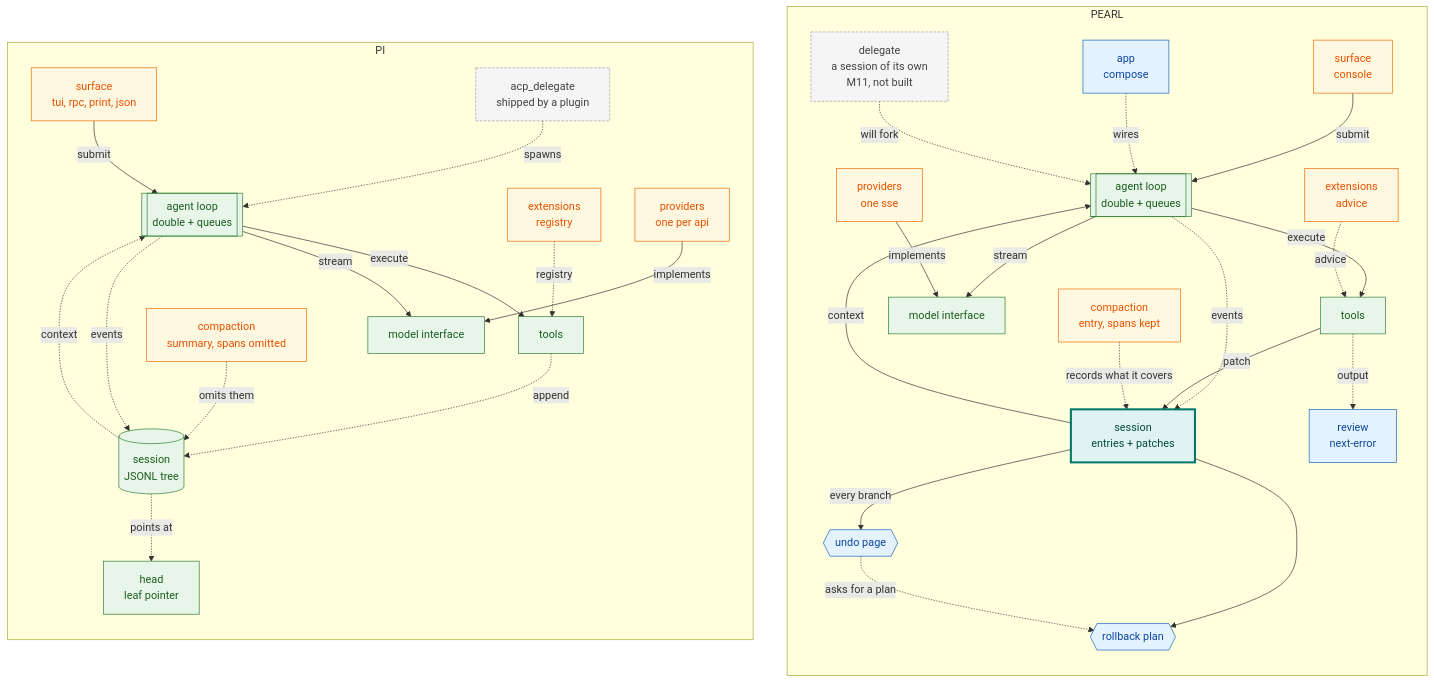
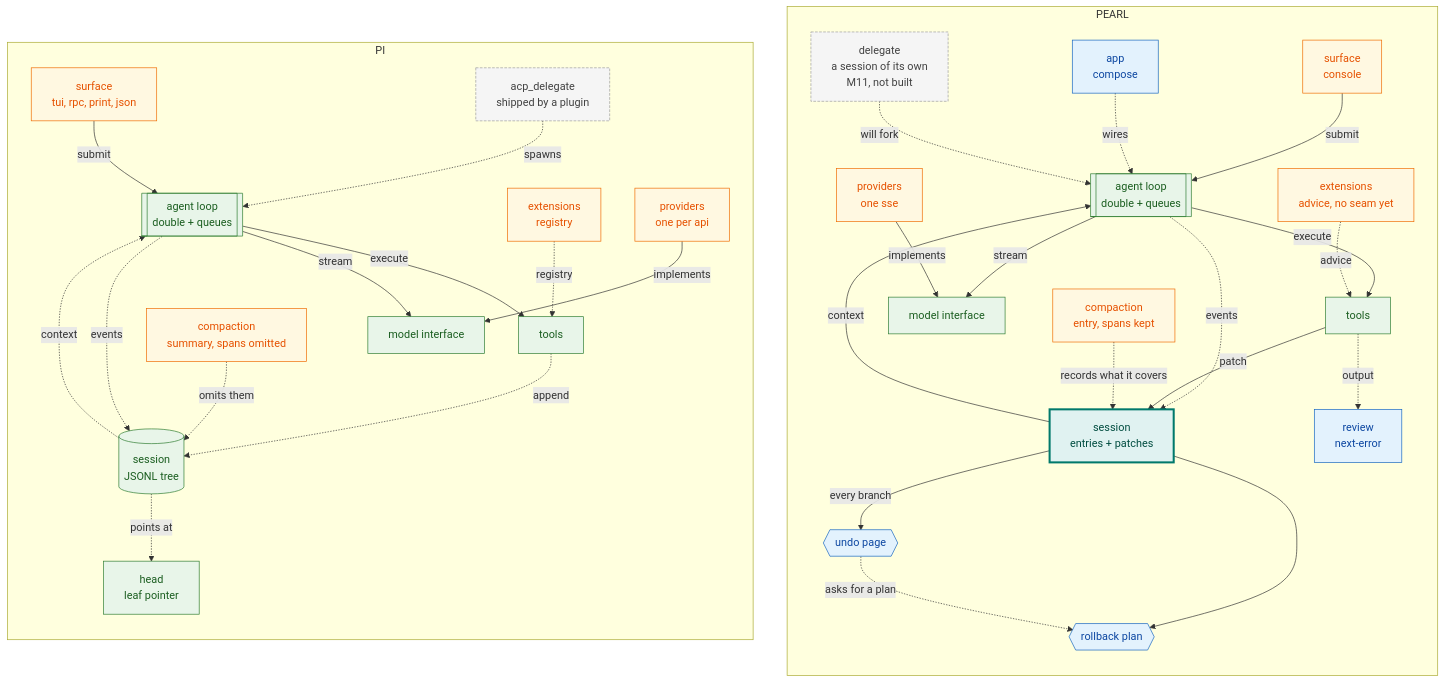
One commit to OverbearingPearl/pearl changed the diagram in README.md. Above: the diagram before and after it, drawn with Mermaid. The commit also changed other lines of this file and 2 other files, not shown here.

First line of the commit message:
Say that the extension seam does not exist yet

````diff
--- a/README.md
+++ b/README.md
@@ -139,48 +139,48 @@
 ```mermaid
 flowchart TB
   subgraph R["PEARL"]
     direction TB
     r_surf["surface<br/>console"] -->|submit| r_loop[["agent loop<br/>double + queues"]]
     r_app["app<br/>compose"] -.->|wires| r_loop
     r_loop -->|execute| r_tools["tools"]
     r_loop -->|stream| r_model["model interface"]
     r_loop -.->|events| r_sess["session<br/>entries + patches"]
     r_tools -->|patch| r_sess
     r_sess -->|context| r_loop
     r_sess --> r_plan{{"rollback plan"}}
     r_sess -->|every branch| r_time{{"undo page"}}
     r_time -.->|asks for a plan| r_plan
     r_tools -.->|output| r_review["review<br/>next-error"]
     r_compact["compaction<br/>entry, spans kept"] -.->|records what it covers| r_sess
     r_delegate["delegate<br/>a session of its own<br/>M11, not built"] -.->|will fork| r_loop
-    r_ext["extensions<br/>advice"] -.->|advice| r_tools
+    r_ext["extensions<br/>advice, no seam yet"] -.->|advice| r_tools
     r_prov["providers<br/>one sse"] -->|implements| r_model
   end
   subgraph L["PI"]
     direction TB
     l_surf["surface<br/>tui, rpc, print, json"] -->|submit| l_loop[["agent loop<br/>double + queues"]]
     l_loop -->|execute| l_tools["tools"]
     l_loop -->|stream| l_model["model interface"]
     l_loop -.->|events| l_sess[("session<br/>JSONL tree")]
     l_tools -.->|append| l_sess
     l_sess -.->|context| l_loop
     l_sess -.->|points at| l_leaf["head<br/>leaf pointer"]
     l_compact["compaction<br/>summary, spans omitted"] -.->|omits them| l_sess
     l_delegate["acp_delegate<br/>shipped by a plugin"] -.->|spawns| l_loop
     l_ext["extensions<br/>registry"] -.->|registry| l_tools
     l_prov["providers<br/>one per api"] -->|implements| l_model
   end
   classDef keep fill:#e8f5e9,stroke:#2e7d32,color:#1b5e20
   classDef moved fill:#e0f2f1,stroke:#00796b,color:#004d40,stroke-width:3px
   classDef added fill:#e3f2fd,stroke:#1565c0,color:#0d47a1
   classDef changed fill:#fff8e1,stroke:#ef6c00,color:#e65100
   classDef planned fill:#f5f5f5,stroke:#9e9e9e,color:#424242,stroke-dasharray:4 2
   class l_loop,l_model,l_tools,l_sess,l_leaf,r_loop,r_model,r_tools keep
   class l_surf,l_ext,l_prov changed
   class r_surf,r_ext,r_prov changed
   class l_compact,r_compact changed
   class r_app added
   class r_sess moved
   class r_plan,r_time,r_review added
   class l_delegate,r_delegate planned
 ```
````
